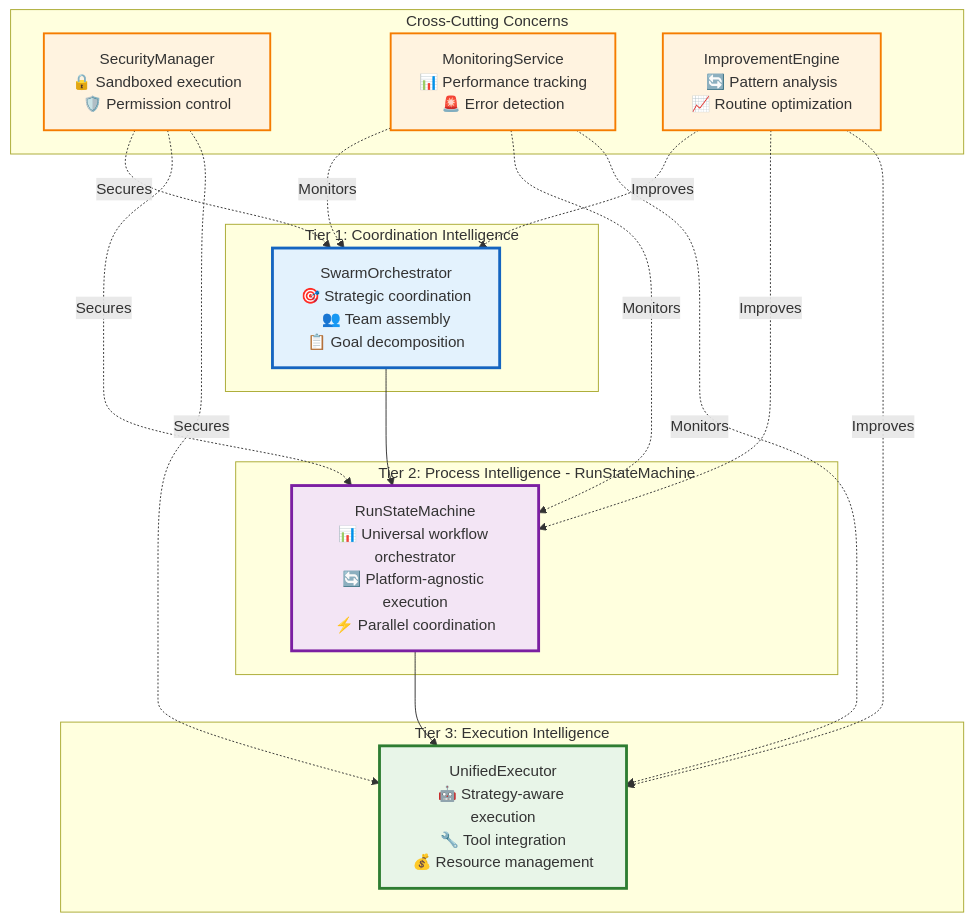
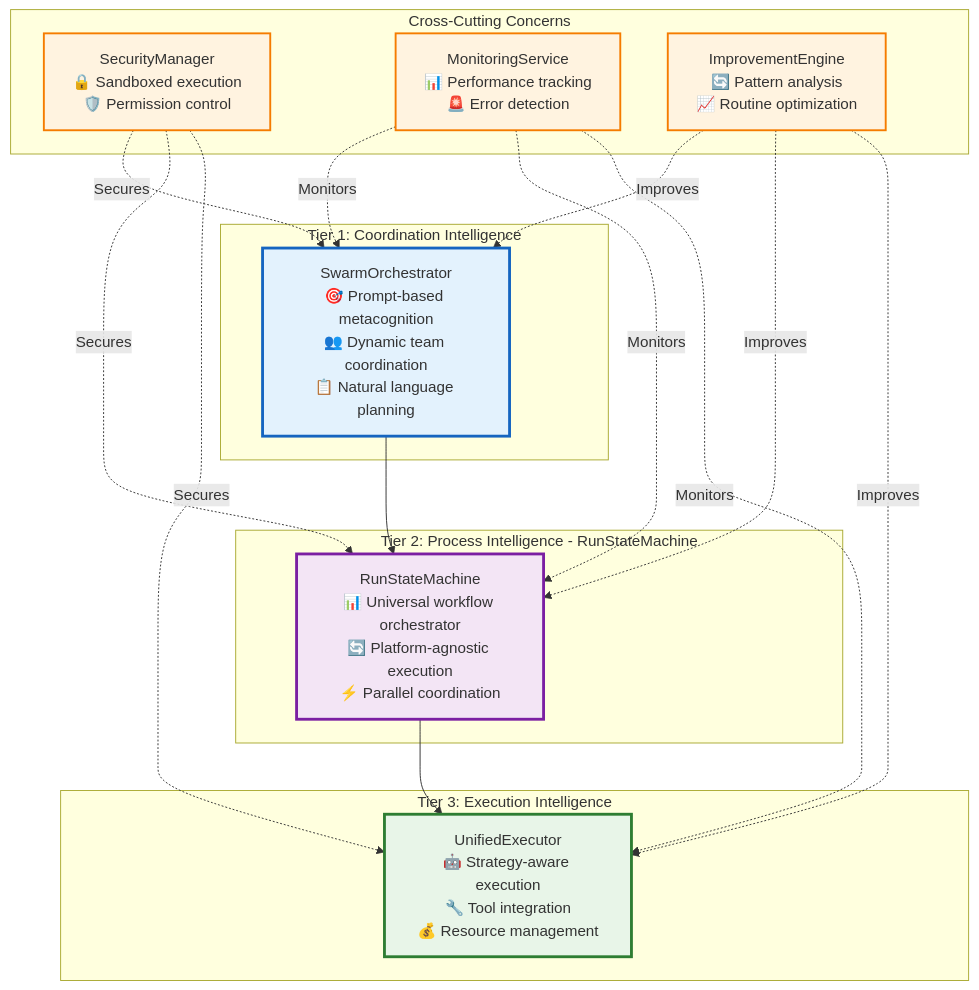
Before and after one commit to Vrooli/Vrooli: the fifth of 38 diagrams in docs/ai-execution-architecture.md, drawn with Mermaid. The commit also changed other lines of this file, not shown here.

Commit message:
Execution architecture p5

````diff
--- a/docs/ai-execution-architecture.md
+++ b/docs/ai-execution-architecture.md
@@ -205,45 +205,45 @@
 ```mermaid
 graph TD
     subgraph "Tier 1: Coordination Intelligence"
-        T1[SwarmOrchestrator<br/>🎯 Strategic coordination<br/>👥 Team assembly<br/>📋 Goal decomposition]
+        T1[SwarmOrchestrator<br/>🎯 Prompt-based metacognition<br/>👥 Dynamic team coordination<br/>📋 Natural language planning]
     end
     
     subgraph "Tier 2: Process Intelligence - RunStateMachine"  
         T2[RunStateMachine<br/>📊 Universal workflow orchestrator<br/>🔄 Platform-agnostic execution<br/>⚡ Parallel coordination]
     end
     
     subgraph "Tier 3: Execution Intelligence"
         T3[UnifiedExecutor<br/>🤖 Strategy-aware execution<br/>🔧 Tool integration<br/>💰 Resource management]
     end
     
     subgraph "Cross-Cutting Concerns"
         CC1[SecurityManager<br/>🔒 Sandboxed execution<br/>🛡️ Permission control]
         CC2[MonitoringService<br/>📊 Performance tracking<br/>🚨 Error detection]
         CC3[ImprovementEngine<br/>🔄 Pattern analysis<br/>📈 Routine optimization]
     end
     
     T1 --> T2
     T2 --> T3
     
     CC1 -.->|"Secures"| T1
     CC1 -.->|"Secures"| T2  
     CC1 -.->|"Secures"| T3
     
     CC2 -.->|"Monitors"| T1
     CC2 -.->|"Monitors"| T2
     CC2 -.->|"Monitors"| T3
     
     CC3 -.->|"Improves"| T1
     CC3 -.->|"Improves"| T2
     CC3 -.->|"Improves"| T3
     
     classDef tier1 fill:#e3f2fd,stroke:#1565c0,stroke-width:3px
     classDef tier2 fill:#f3e5f5,stroke:#7b1fa2,stroke-width:3px
     classDef tier3 fill:#e8f5e8,stroke:#2e7d32,stroke-width:3px
     classDef crosscut fill:#fff3e0,stroke:#f57c00,stroke-width:2px
     
     class T1 tier1
     class T2 tier2
     class T3 tier3
     class CC1,CC2,CC3 crosscut
 ```
````
